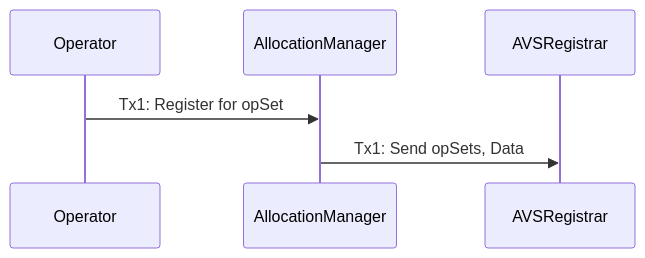
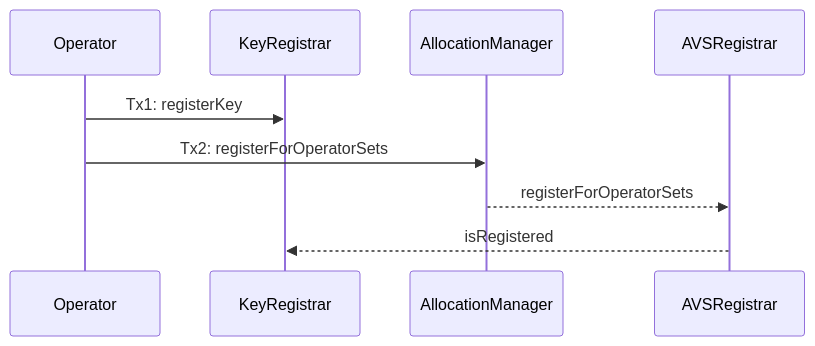
One commit to Layr-Labs/eigenlayer-middleware changed the second of 4 diagrams in docs/middlewareV2/AVSRegistrar.md. Above: the diagram before and after it, drawn with Mermaid. The commit also changed other lines of this file and 2 other files, not shown here.

````diff
--- a/docs/middlewareV2/AVSRegistrar.md
+++ b/docs/middlewareV2/AVSRegistrar.md
@@ -54,9 +62,12 @@
 ```mermaid
 sequenceDiagram
-    participant Operator
-    participant AllocationManager
-    participant AVSRegistrar
+    participant OP as Operator
+    participant KR as KeyRegistrar
+    participant AM as AllocationManager
+    participant AVR as AVSRegistrar
 
-    Operator->>AllocationManager: Tx1: Register for opSet
-    AllocationManager->>AVSRegistrar: Tx1: Send opSets, Data
+    OP->>KR: Tx1: registerKey
+    OP->>AM: Tx2: registerForOperatorSets
+    AM-->>AVR: registerForOperatorSets
+    AVR-->>KR: isRegistered
 ```
````
